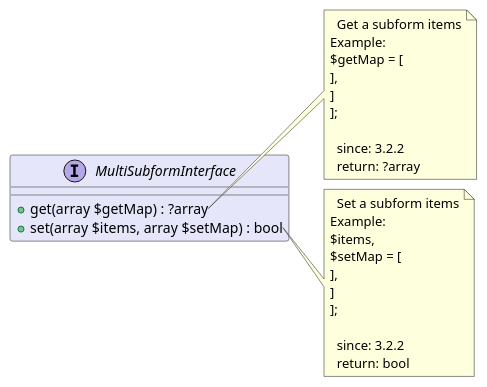
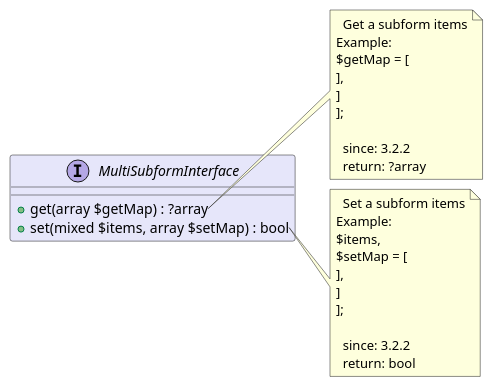
The diagram in src/bb30f709-53d2-446a-ab3d-300fe6de0bc8/README.md (joomengine/super-powers), drawn with PlantUML before and after one commit. The commit also changed 5 other files, not shown here.

````diff
--- a/src/bb30f709-53d2-446a-ab3d-300fe6de0bc8/README.md
+++ b/src/bb30f709-53d2-446a-ab3d-300fe6de0bc8/README.md
@@ -12,55 +12,55 @@
 ```uml
 @startuml
 interface MultiSubformInterface  #Lavender {
   + get(array $getMap) : ?array
-  + set(array $items, array $setMap) : bool
+  + set(mixed $items, array $setMap) : bool
 }
 
 note right of MultiSubformInterface::get
   Get a subform items
 Example:
 $getMap = [
 '_core' => [
 'table' =>'data',
 'linkValue' => $item->guid ?? '',
 'linkKey' => 'look',
 'field' => 'data',
 'get' => ['guid','email','image','mobile_phone','website','dateofbirth']
 ],
 'countries' => [
 'table' =>'data_country',
 'linkValue' => 'data:guid', // coretable:fieldname
 'linkKey' => 'data',
 'get' => ['guid','country','currency']
 ]
 ];
 
   since: 3.2.2
   return: ?array
 end note
 
 note right of MultiSubformInterface::set
   Set a subform items
 Example:
 $items,
 $setMap = [
 '_core' => [
 'table' =>'data',
 'indexKey' => 'guid',
 'linkKey' => 'look',
 'linkValue' => $data['guid'] ?? ''
 ],
 'countries' => [
 'table' =>'data_country',
 'indexKey' => 'guid',
 'linkKey' => 'data',
 'linkValue' => 'data:guid' // coretable:fieldname
 ]
 ];
 
   since: 3.2.2
   return: bool
 end note
  
 @enduml
 ```
````
